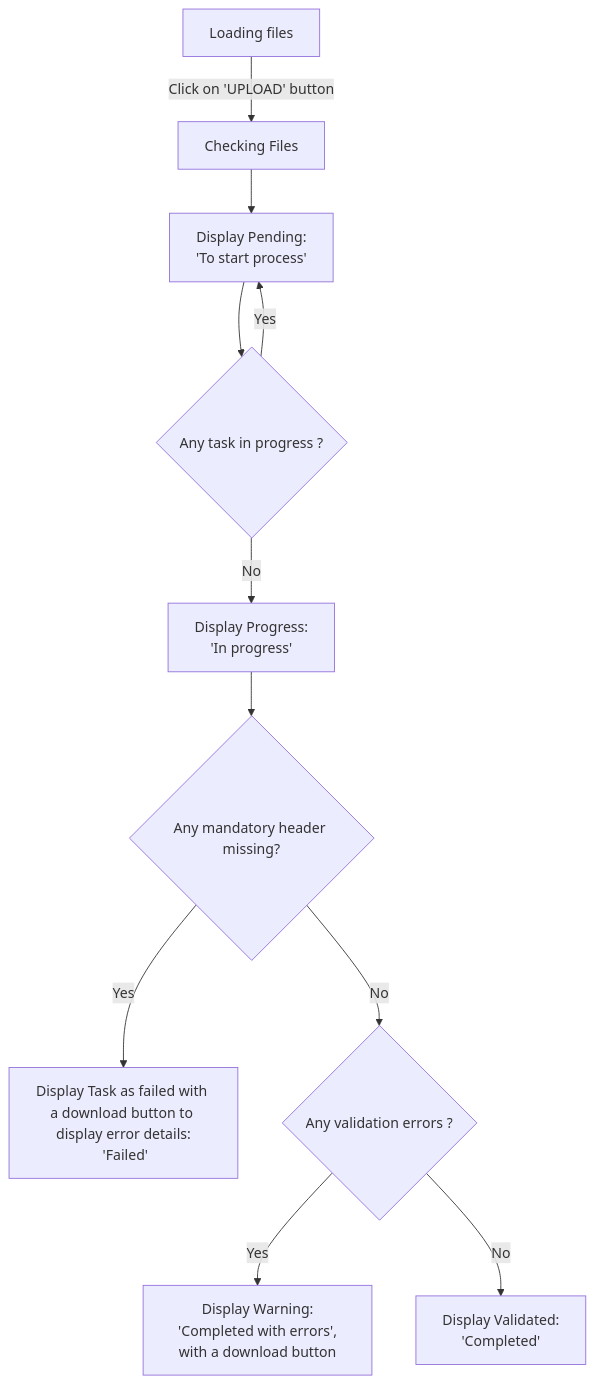
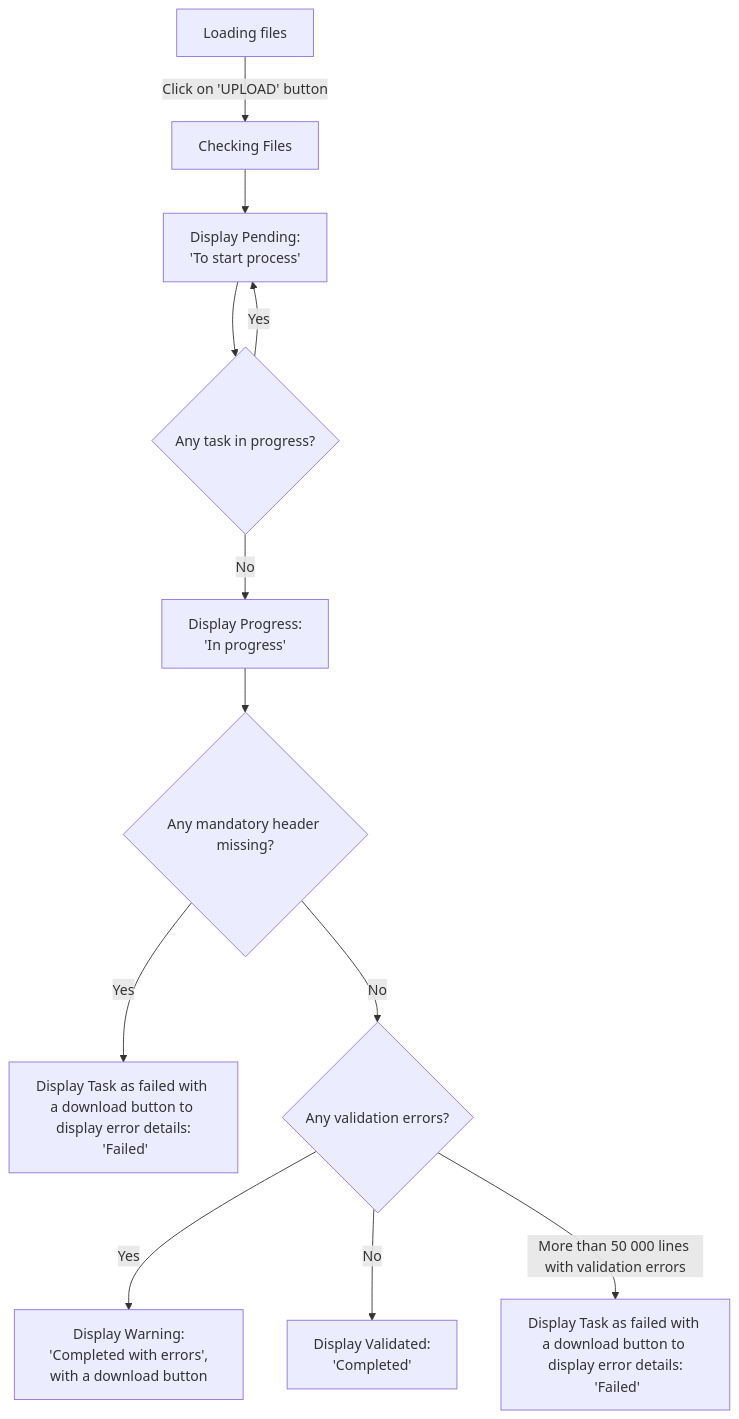
Before and after one commit to teamg4it/g4it: the first of 2 diagrams in services/documentation/content/2-functional-documentation/use_cases/uc_inventory/uc3_load_files.md, drawn with Mermaid. The commit also changed other lines of this file, not shown here.

```diff
--- a/services/documentation/content/2-functional-documentation/use_cases/uc_inventory/uc3_load_files.md
+++ b/services/documentation/content/2-functional-documentation/use_cases/uc_inventory/uc3_load_files.md
@@ -44,13 +50,12 @@
 {{< mermaid align="center">}}
-
 graph TD;
-Step1[Loading files] --> |Click on 'UPLOAD' button|Step2[Checking Files] --> Step4[Display Pending:<br> 'To start process'] --> Decision2{Any task in progress ?}
+Step1[Loading files] --> |Click on 'UPLOAD' button|Step2[Checking Files] -->
+Step4[Display Pending:<br> 'To start process'] --> Decision2{Any task in progress?}
 Decision2 --> |Yes|Step4
 Decision2 --> |No|Step5[Display Progress:<br> 'In progress'] --> Decision3{Any mandatory header missing?}
 Decision3 --> |Yes|Step6[Display Task as failed with a download button to display error details:<br> 'Failed']
-Decision3 --> |No|Decision4{Any validation errors ?}
-Decision4{Any validation errors ?}
+Decision3 --> |No|Decision4{Any validation errors?}
 Decision4 --> |Yes|Step8[Display Warning:<br> 'Completed with errors', with a download button]
 Decision4 --> |No|Step9[Display Validated:<br>'Completed']
-
+Decision4 --> |More than 50 000 lines with validation errors|Step10[Display Task as failed with a download button to display error details:<br> 'Failed']
 {{</ mermaid >}}
```
